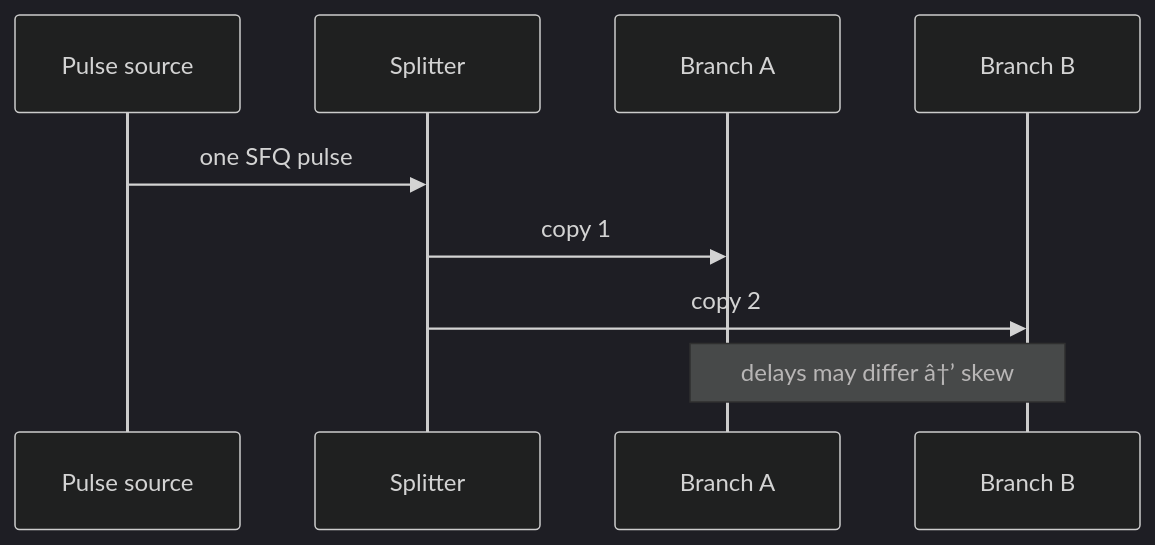
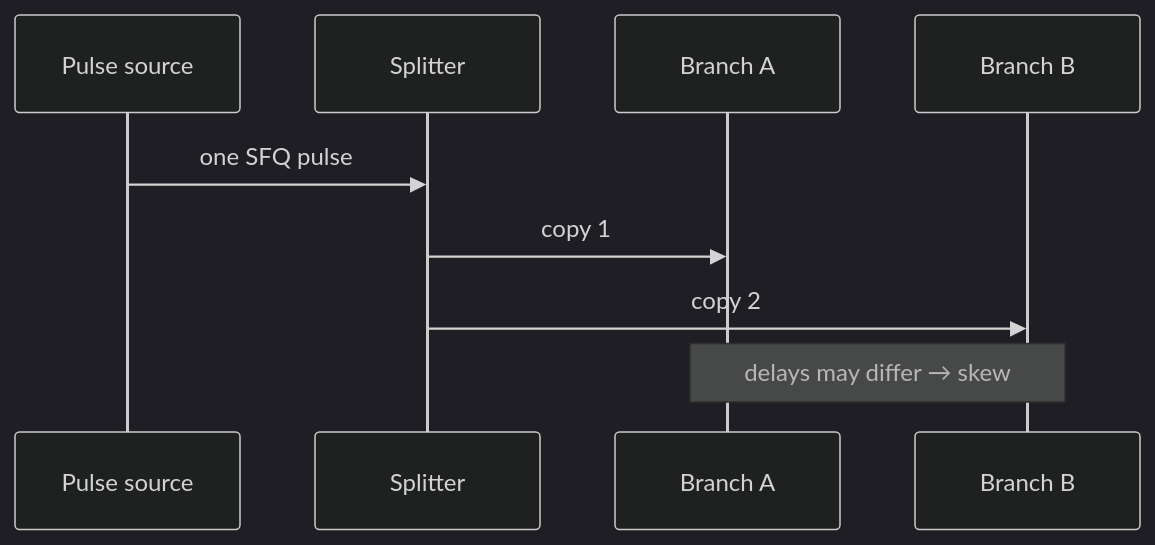
Before and after one commit to Single-Flux-Quantum/sfq-learn-public: the second of 2 diagrams in docs/concepts/splitter-and-confluence.md, drawn with Mermaid (dark theme). The commit also changed other lines of this file and 39 other files, not shown here.

````diff
--- a/docs/concepts/splitter-and-confluence.md
+++ b/docs/concepts/splitter-and-confluence.md
@@ -69,11 +69,11 @@
 ```mermaid
 sequenceDiagram
   participant Src as Pulse source
   participant Sp as Splitter
   participant A as Branch A
   participant B as Branch B
   Src->>Sp: one SFQ pulse
   Sp->>A: copy 1
   Sp->>B: copy 2
-  Note over A,B: delays may differ â†’ skew
+  Note over A,B: delays may differ → skew
 ```
````
